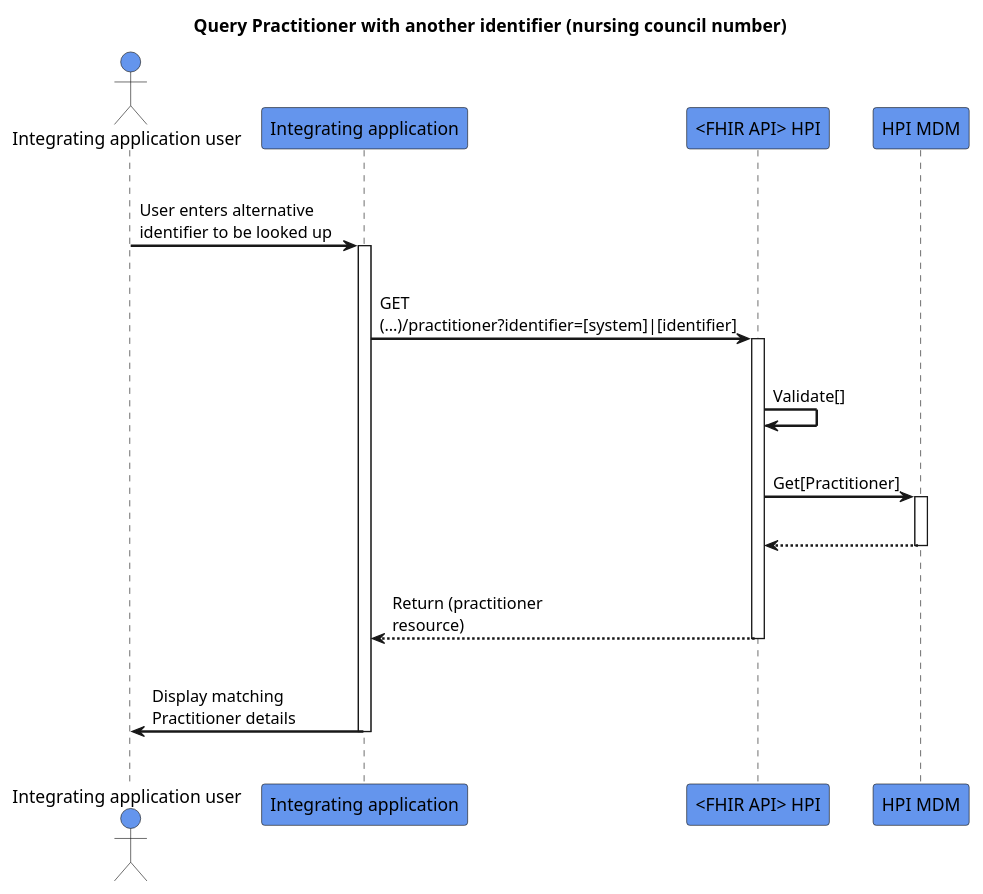
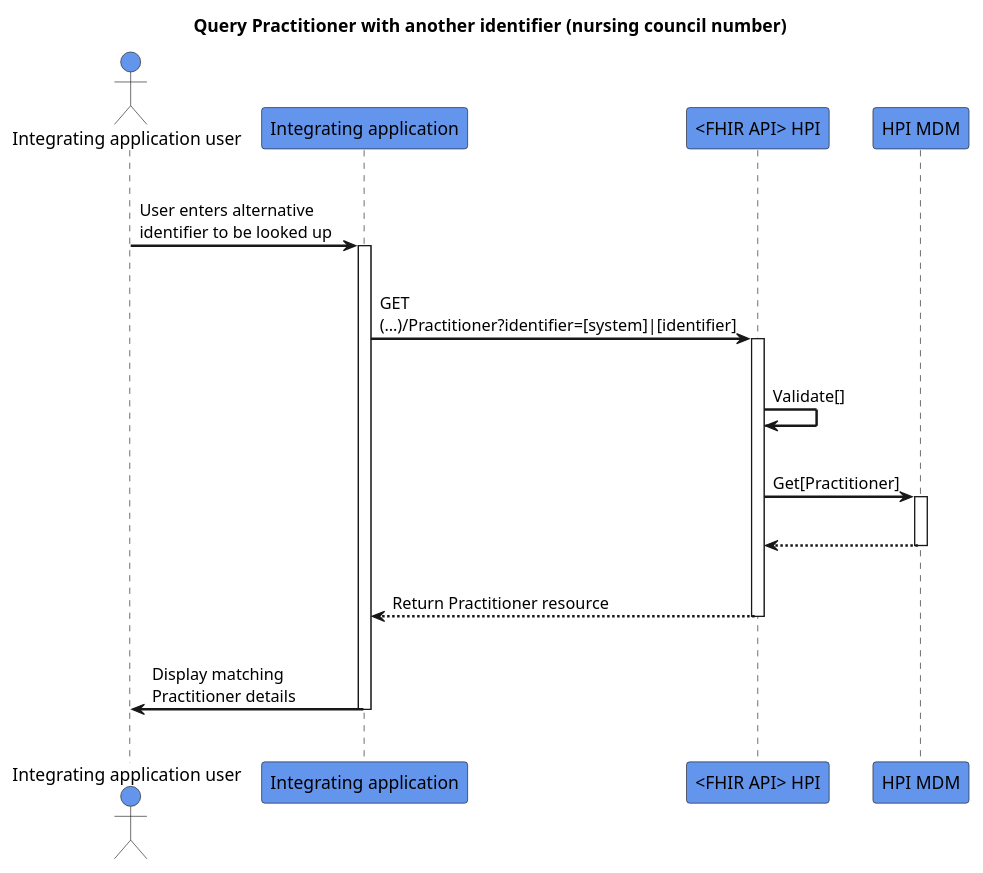
One commit to HL7NZ/hpi changed the diagram in input/images-source/query-practitioner.plantuml. Above: the diagram before and after it, drawn with PlantUML.

```diff
--- a/input/images-source/query-practitioner.plantuml
+++ b/input/images-source/query-practitioner.plantuml
@@ -1,33 +1,33 @@
 @startuml
 skinparam sequenceArrowThickness 2
 skinparam roundcorner 5
 skinparam maxmessagesize 180
 skinparam sequenceParticipant bold
 title Query Practitioner with another identifier (nursing council number)
 actor "Integrating application user" as User #CornflowerBlue
 participant "Integrating application" as A #CornflowerBlue
 participant "<FHIR API> HPI" as B #CornflowerBlue
 participant "HPI MDM" as C #CornflowerBlue
 |||
 User -> A: User enters alternative identifier to be looked up
 activate A
 |||
-A -> B: GET (…)/practitioner?identifier=[system]|[identifier]
+A -> B: GET (…)/Practitioner?identifier=[system]|[identifier]
 activate B
 |||
 B -> B: Validate[]
 |||
 B -> C: Get[Practitioner]
 activate C
 |||
 
 C -[dashed]-> B:  
 deactivate C
 |||
-B -[dashed]-> A:Return (practitioner resource)
+B -[dashed]-> A:Return Practitioner resource
 deactivate B
 |||
 A -> User: Display matching Practitioner details
 deactivate A
 |||
 @enduml
```
